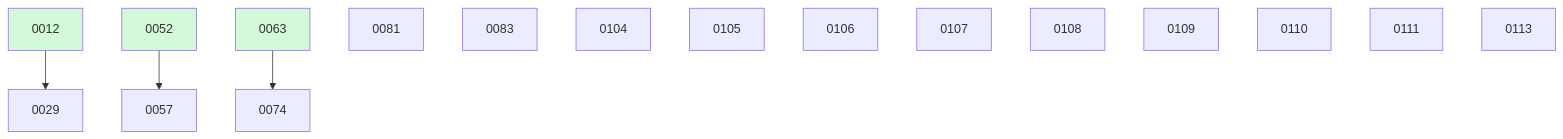
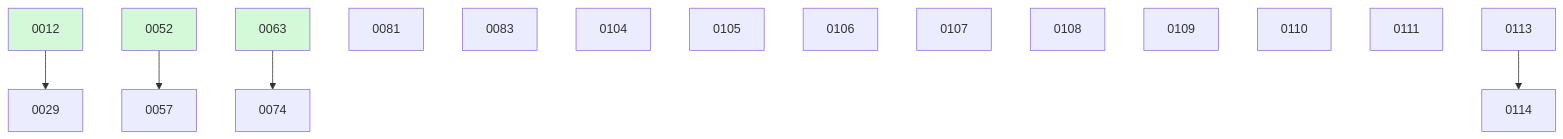
Before and after one commit to ethanhinson/fuse: the diagram in docs/changes/BOARD.md, drawn with Mermaid. The commit also changed other lines of this file and 1 other file, not shown here.

````diff
--- a/docs/changes/BOARD.md
+++ b/docs/changes/BOARD.md
@@ -39,21 +40,22 @@
 ```mermaid
 graph TD
   0012 --> 0029
   0052 --> 0057
   0063 --> 0074
   0081
   0083
   0104
   0105
   0106
   0107
   0108
   0109
   0110
   0111
   0113
+  0113 --> 0114
   0012:::done
   0052:::done
   0063:::done
   classDef done fill:#d3f9d8;
 ```
````
